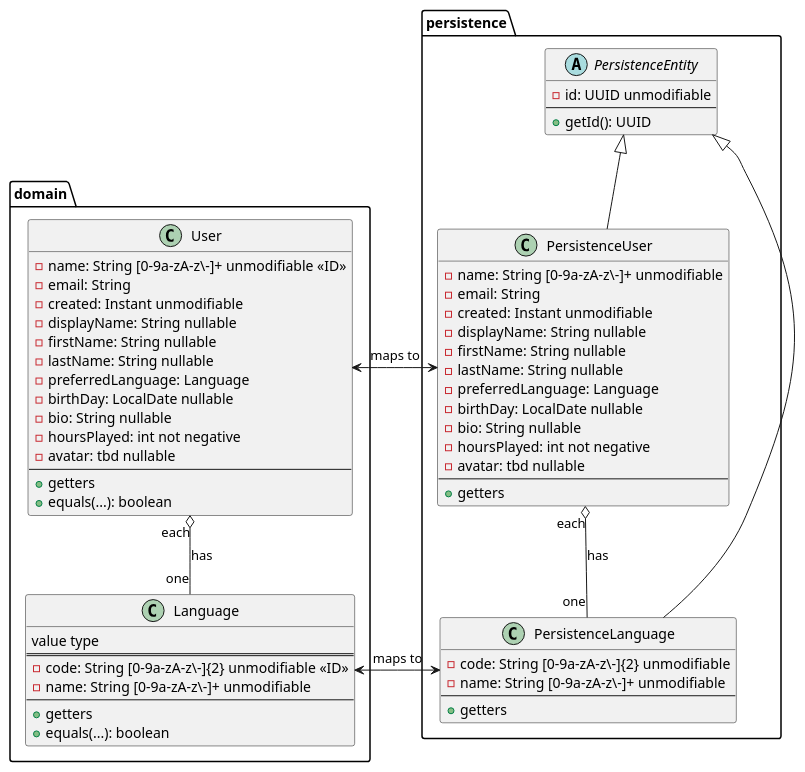
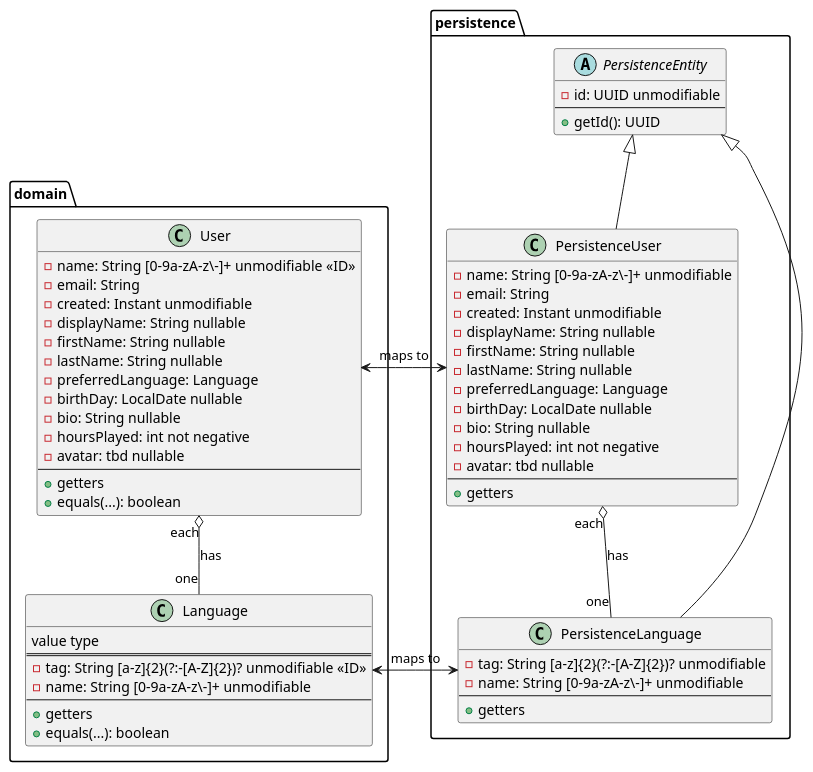
The diagram in doc/datamodel/UML.puml (turing85/untitled-rpg-webapp), drawn with PlantUML before and after one commit. The commit also changed 2 other files, not shown here.

```diff
--- a/doc/datamodel/UML.puml
+++ b/doc/datamodel/UML.puml
@@ -1,76 +1,76 @@
 @startuml
 
 package domain {
 
     class User {
         {field} - name: String [0-9a-zA-z\-]+ unmodifiable <<ID>>
         {field} - email: String
         {field} - created: Instant unmodifiable
         {field} - displayName: String nullable
         {field} - firstName: String nullable
         {field} - lastName: String nullable
         {field} - preferredLanguage: Language
         {field} - birthDay: LocalDate nullable
         {field} - bio: String nullable
         {field} - hoursPlayed: int not negative
         {field} - avatar: tbd nullable
         ---
         {method}+ getters
         {method}+ equals(...): boolean
     }
 
     class Language {
         value type
         ===
-        {field} - code: String [0-9a-zA-z\-]{2} unmodifiable <<ID>>
+        {field} - tag: String [a-z]{2}(?:-[A-Z]{2})? unmodifiable <<ID>>
         {field} - name: String [0-9a-zA-z\-]+ unmodifiable
         ---
         {method} + getters
         {method} + equals(...): boolean
     }
 }
 
 package persistence {
 
     abstract class PersistenceEntity {
         {field} - id: UUID unmodifiable
         ---
         {method} + getId(): UUID
     }
 
     class PersistenceUser {
         {field} - name: String [0-9a-zA-z\-]+ unmodifiable
         {field} - email: String
         {field} - created: Instant unmodifiable
         {field} - displayName: String nullable
         {field} - firstName: String nullable
         {field} - lastName: String nullable
         {field} - preferredLanguage: Language
         {field} - birthDay: LocalDate nullable
         {field} - bio: String nullable
         {field} - hoursPlayed: int not negative
         {field} - avatar: tbd nullable
         ---
         {method}+ getters
     }
 
     class PersistenceLanguage {
-        {field} - code: String [0-9a-zA-z\-]{2} unmodifiable
+        {field} - tag: String [a-z]{2}(?:-[A-Z]{2})? unmodifiable
         {field} - name: String [0-9a-zA-z\-]+ unmodifiable
         ---
         {method} + getters
     }
 
 }
 
 User "each" o-down- "one" Language:  has
 
 PersistenceEntity <|-- PersistenceUser
 PersistenceEntity <|-- PersistenceLanguage
 PersistenceUser "each" o-- "one" PersistenceLanguage: has
 
 
 PersistenceUser <-left-> User: maps to
 PersistenceLanguage <-left-> Language: maps to
 
 @enduml
```
